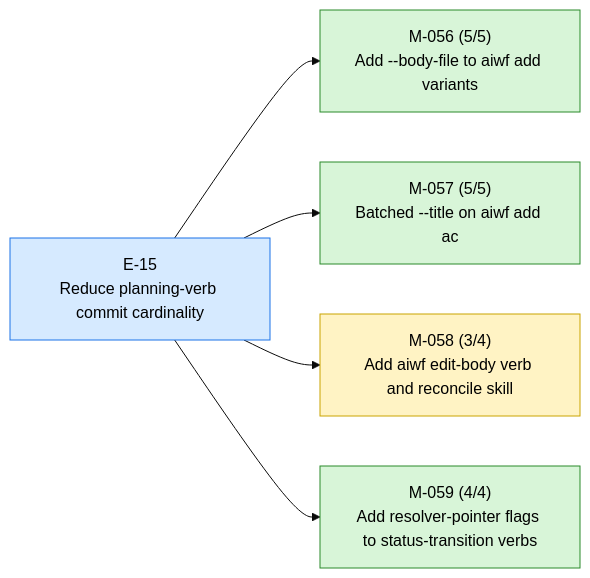
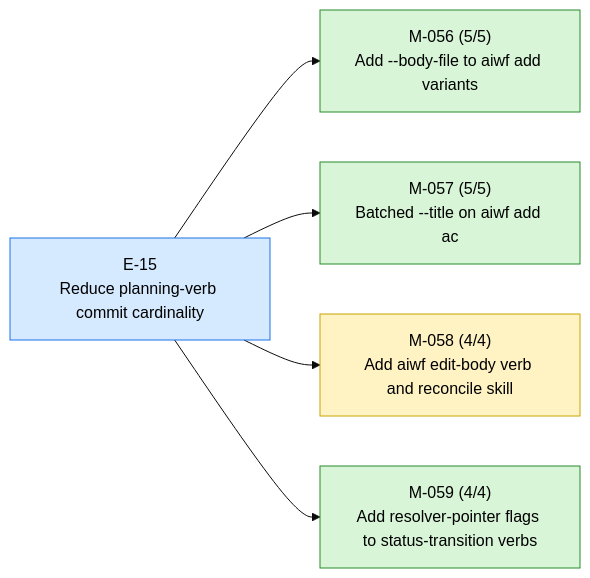
One commit to 23min/aiwf changed the first of 3 diagrams in STATUS.md. Above: the diagram before and after it, drawn with Mermaid (base theme). The commit also changed other lines of this file and 1 other file, not shown here.

First line of the commit message:
aiwf promote M-058/AC-4 open -> met

````diff
--- a/STATUS.md
+++ b/STATUS.md
@@ -14,18 +14,18 @@
 ```mermaid
 flowchart LR
   E_15["E-15<br/>Reduce planning-verb commit cardinality"]:::epic_active
   M_056["M-056 (5/5)<br/>Add --body-file to aiwf add variants"]:::ms_done
   E_15 --> M_056
   M_057["M-057 (5/5)<br/>Batched --title on aiwf add ac"]:::ms_done
   E_15 --> M_057
-  M_058["M-058 (3/4)<br/>Add aiwf edit-body verb and reconcile skill"]:::ms_in_progress
+  M_058["M-058 (4/4)<br/>Add aiwf edit-body verb and reconcile skill"]:::ms_in_progress
   E_15 --> M_058
   M_059["M-059 (4/4)<br/>Add resolver-pointer flags to status-transition verbs"]:::ms_done
   E_15 --> M_059
   classDef epic_active fill:#d6eaff,stroke:#1a73e8,color:#000
   classDef epic_proposed fill:#f4f4f4,stroke:#888,color:#000
   classDef ms_done fill:#d8f5d8,stroke:#2a8a2a,color:#000
   classDef ms_in_progress fill:#fff3c4,stroke:#caa400,color:#000
   classDef ms_draft fill:#f4f4f4,stroke:#888,color:#000
   classDef ms_cancelled fill:#fbeaea,stroke:#c33,color:#000
 ```
````
